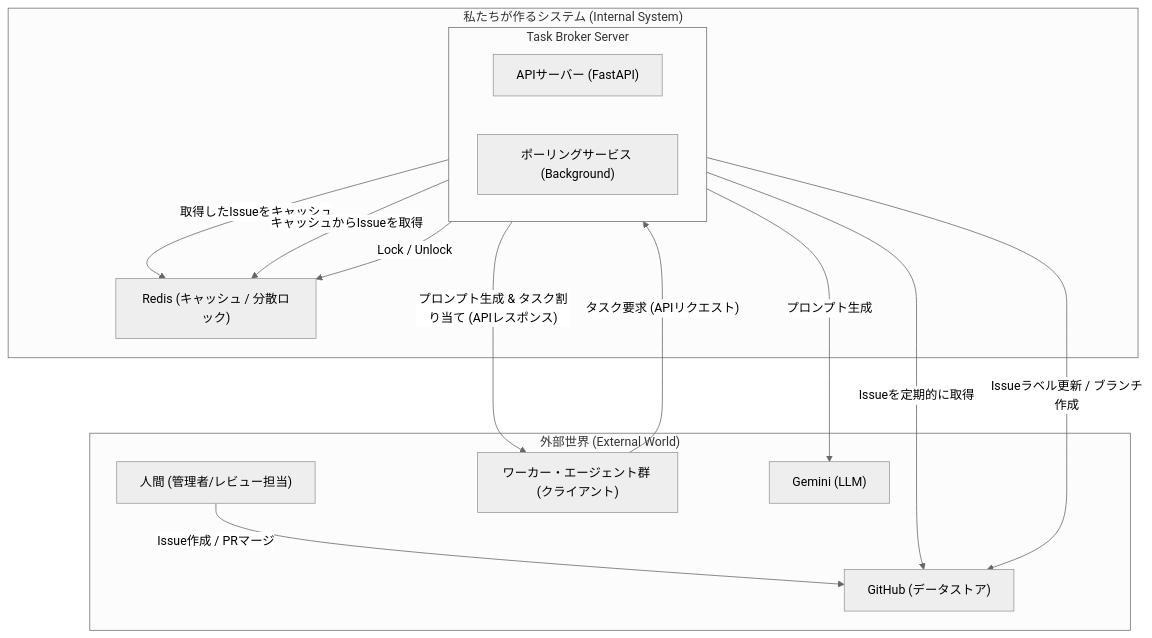
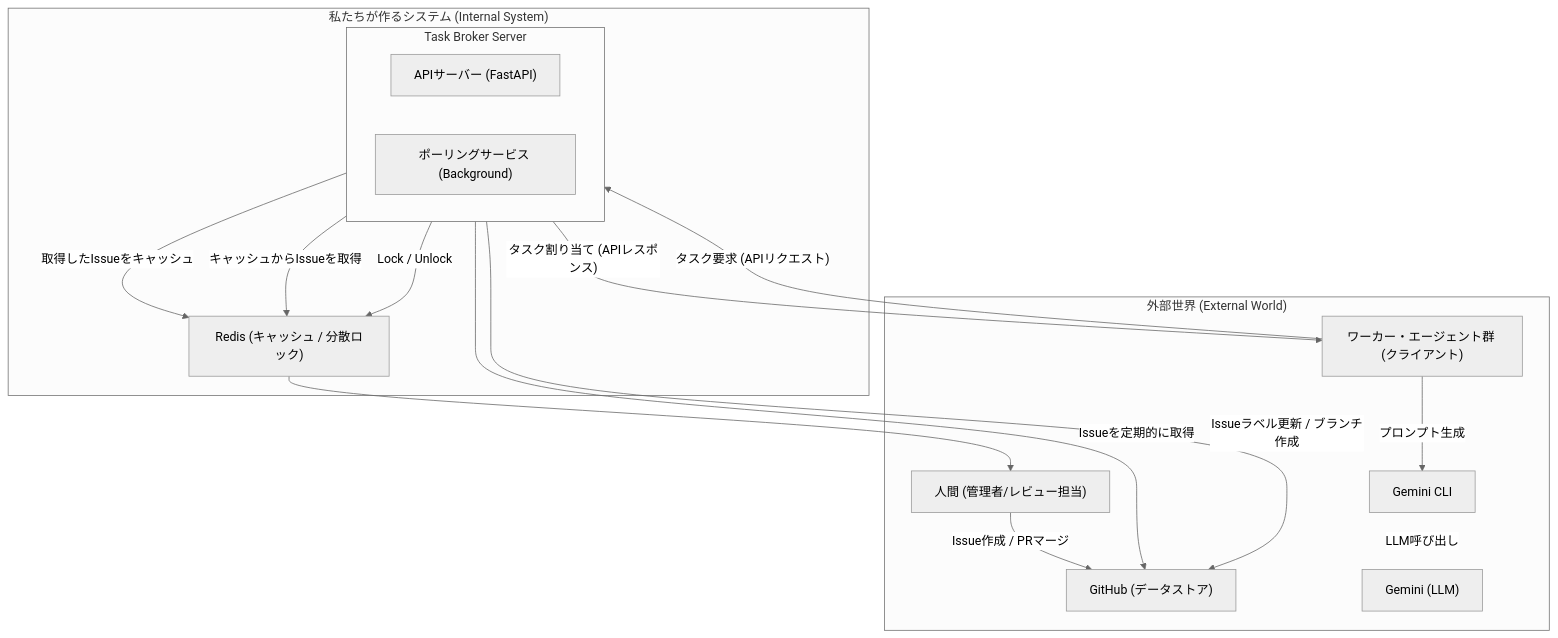
Before and after one commit to masa-codehub/github_broker: the first of 2 diagrams in docs/architecture/system_context.md, drawn with Mermaid (neutral theme).

Commit message:
docs: Update system context diagram to reflect Gemini CLI integration (fixes #1225)

````diff
--- a/docs/architecture/system_context.md
+++ b/docs/architecture/system_context.md
@@ -33,41 +33,43 @@
 ```mermaid
 graph TD
     subgraph "私たちが作るシステム (Internal System)"
         subgraph "Task Broker Server"
             direction LR
             ApiServer["APIサーバー (FastAPI)"]
             PollingService["ポーリングサービス (Background)"]
         end
         Redis["Redis (キャッシュ / 分散ロック)"]
     end
 
     subgraph "外部世界 (External World)"
         Human["人間 (管理者/レビュー担当)"]
         Workers["ワーカー・エージェント群 (クライアント)"]
         GitHub["GitHub (データストア)"]
+        GeminiCLI["Gemini CLI"]
         Gemini["Gemini (LLM)"]
     end
 
     %% システム間の連携
     Human -- "Issue作成 / PRマージ" --> GitHub
     
     %% ポーリングサービスの連携
     PollingService -- "Issueを定期的に取得" --> GitHub
     PollingService -- "取得したIssueをキャッシュ" --> Redis
 
     %% APIサーバーの連携
     ApiServer -- "Issueラベル更新 / ブランチ作成" --> GitHub
     ApiServer -- "キャッシュからIssueを取得" --> Redis
     ApiServer -- "Lock / Unlock" --> Redis
-    ApiServer -- "プロンプト生成" --> Gemini
 
     %% ワーカーとの連携
     Workers -- "タスク要求 (APIリクエスト)" --> ApiServer
-    ApiServer -- "プロンプト生成 & タスク割り当て (APIレスポンス)" --> Workers
+    ApiServer -- "タスク割り当て (APIレスポンス)" --> Workers
+    Workers -- "プロンプト生成" --> GeminiCLI
+    GeminiCLI -- "LLM呼び出し" --> Gemini
 
     %% ▼▼▼ ここから追加 ▼▼▼
     %% 上下のレイアウトを固定するための、見えないリンク
     Redis --> Human
     linkStyle 9 stroke-width:0px, stroke:transparent
     %% ▲▲▲ ここまで追加 ▲▲▲
 ```
````
